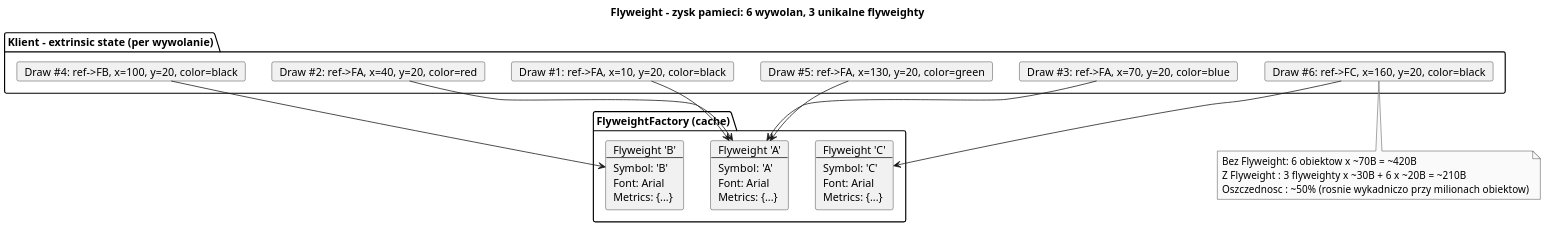
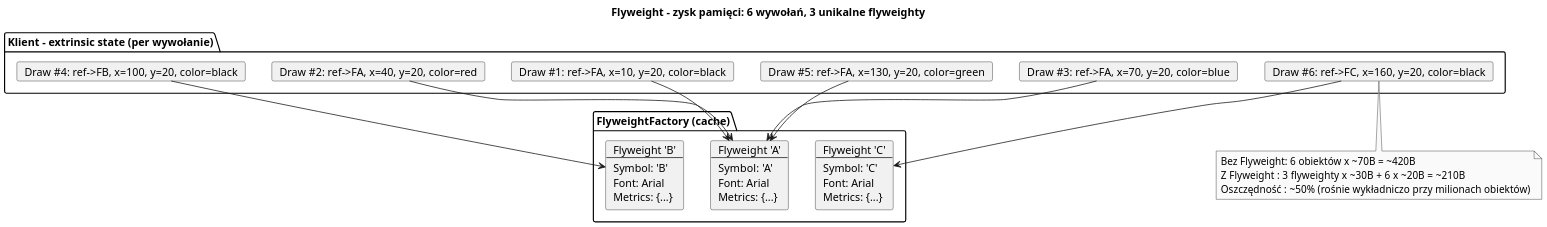
One commit to tborzyszkowski/DesignPatterns changed the diagram in src/11-pylek/01-idea-i-kontekst/diagrams/03-memory-gain.puml. Above: the diagram before and after it, drawn with PlantUML. The commit also changed 87 other files, not shown here.

```diff
--- a/src/11-pylek/01-idea-i-kontekst/diagrams/03-memory-gain.puml
+++ b/src/11-pylek/01-idea-i-kontekst/diagrams/03-memory-gain.puml
@@ -1,35 +1,35 @@
 @startuml flyweight_memory_gain
-title Flyweight - zysk pamieci: 6 wywolan, 3 unikalne flyweighty
+title Flyweight - zysk pamięci: 6 wywołań, 3 unikalne flyweighty
 
 skinparam monochrome true
 skinparam dpi 150
 
 package "FlyweightFactory (cache)" {
     card "Flyweight 'A'\n---\nSymbol: 'A'\nFont: Arial\nMetrics: {...}" as FA
     card "Flyweight 'B'\n---\nSymbol: 'B'\nFont: Arial\nMetrics: {...}" as FB
     card "Flyweight 'C'\n---\nSymbol: 'C'\nFont: Arial\nMetrics: {...}" as FC
 }
 
-package "Klient - extrinsic state (per wywolanie)" {
+package "Klient - extrinsic state (per wywołanie)" {
     card "Draw #1: ref->FA, x=10, y=20, color=black" as D1
     card "Draw #2: ref->FA, x=40, y=20, color=red" as D2
     card "Draw #3: ref->FA, x=70, y=20, color=blue" as D3
     card "Draw #4: ref->FB, x=100, y=20, color=black" as D4
     card "Draw #5: ref->FA, x=130, y=20, color=green" as D5
     card "Draw #6: ref->FC, x=160, y=20, color=black" as D6
 }
 
 D1 --> FA
 D2 --> FA
 D3 --> FA
 D5 --> FA
 D4 --> FB
 D6 --> FC
 
 note bottom
-Bez Flyweight: 6 obiektow x ~70B = ~420B
+Bez Flyweight: 6 obiektów x ~70B = ~420B
 Z Flyweight  : 3 flyweighty x ~30B + 6 x ~20B = ~210B
-Oszczednosc  : ~50% (rosnie wykadniczo przy milionach obiektow)
+Oszczędność  : ~50% (rośnie wykładniczo przy milionach obiektów)
 end note
 
 @enduml
```
